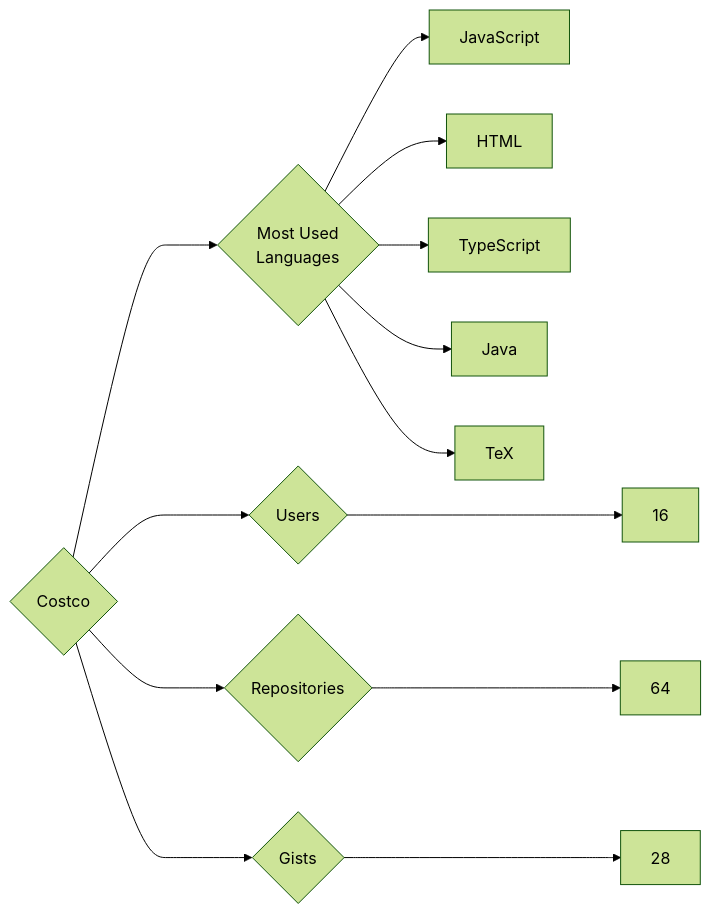
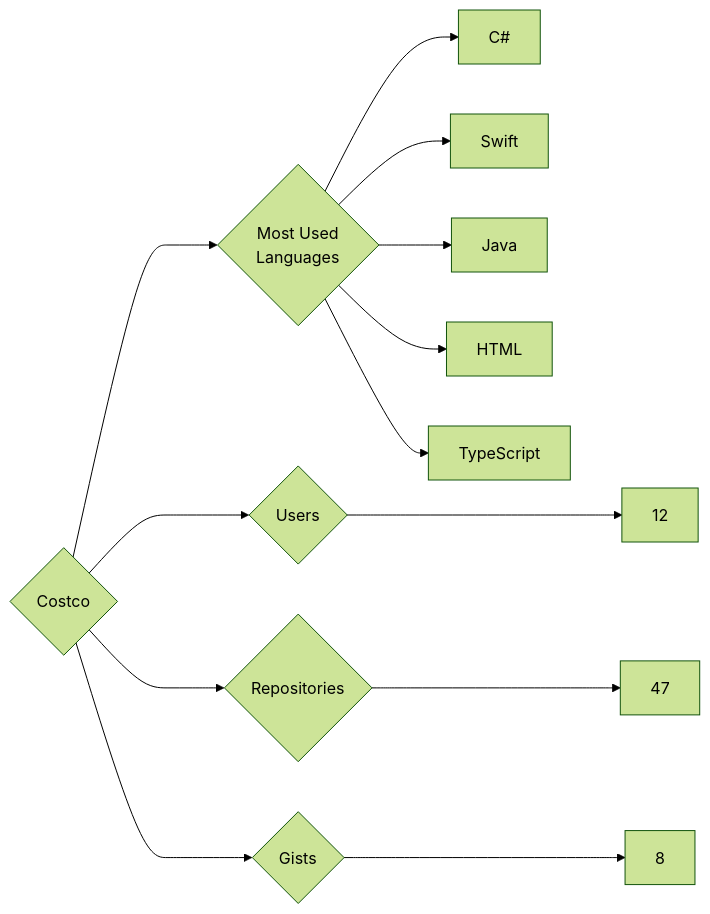
The diagram in targets/Costco/README.md (trickest/insiders), drawn with Mermaid (forest theme) before and after one commit. The commit also changed 622 other files, not shown here.

````diff
--- a/targets/Costco/README.md
+++ b/targets/Costco/README.md
@@ -3,13 +3,13 @@
 ```mermaid
 graph LR
 COMPANY_NAME{Costco}
-COMPANY_NAME ---> U{Users} ---> UN[16]
-COMPANY_NAME ---> R{Repositories} ---> RN[64]
-COMPANY_NAME ---> G{Gists} ---> GN[28]
+COMPANY_NAME ---> U{Users} ---> UN[12]
+COMPANY_NAME ---> R{Repositories} ---> RN[47]
+COMPANY_NAME ---> G{Gists} ---> GN[8]
 COMPANY_NAME ---> ML{Most Used<br>Languages}
-ML --> JavaScript[JavaScript]
+ML --> C#[C#]
+ML --> Swift[Swift]
+ML --> Java[Java]
 ML --> HTML[HTML]
 ML --> TypeScript[TypeScript]
-ML --> Java[Java]
-ML --> TeX[TeX]
 ```
````
